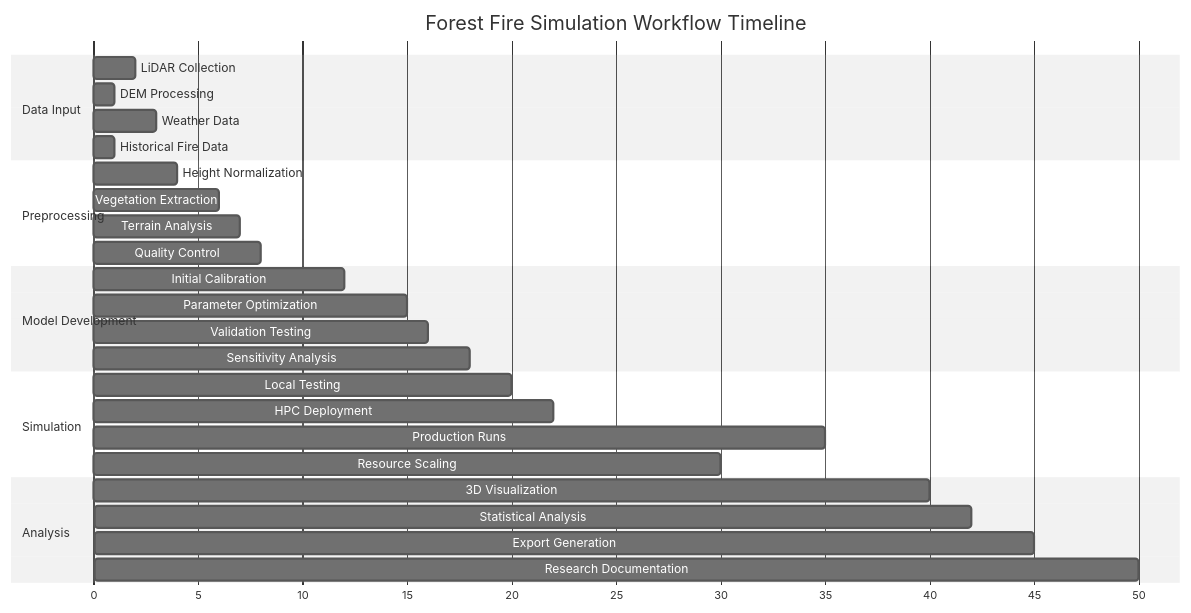
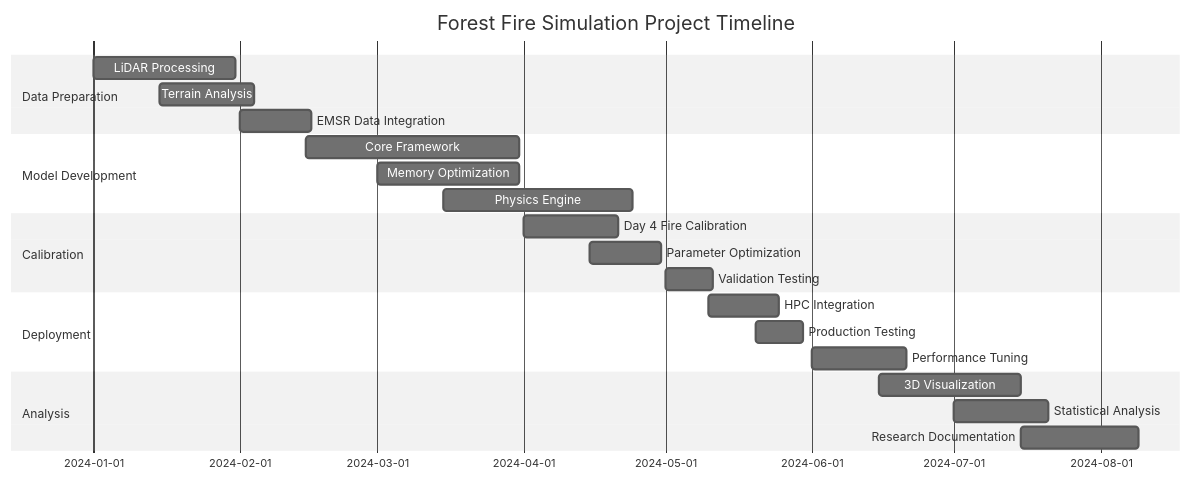
Before and after one commit to AndreasPaphitis/Forest-Fire-Simulation: the third of 19 diagrams in docs/COMPREHENSIVE_FOREST_FIRE_SIMULATION_WORKFLOW.md, drawn with Mermaid (neutral theme). The commit also changed other lines of this file and 13 other files, not shown here.

Commit message:
Fix verbose output and update documentation for Day 4 fire area calibration

````diff
--- a/docs/COMPREHENSIVE_FOREST_FIRE_SIMULATION_WORKFLOW.md
+++ b/docs/COMPREHENSIVE_FOREST_FIRE_SIMULATION_WORKFLOW.md
@@ -176,36 +141,29 @@
 ```mermaid
 gantt
-    title Forest Fire Simulation Workflow Timeline
-    dateFormat X
-    axisFormat %s
-    
-    section Data Input
-    LiDAR Collection        :0, 2
-    DEM Processing          :0, 1
-    Weather Data            :1, 3
-    Historical Fire Data    :0, 1
-    
-    section Preprocessing
-    Height Normalization    :2, 4
-    Vegetation Extraction   :3, 6
-    Terrain Analysis        :4, 7
-    Quality Control         :6, 8
+    title Forest Fire Simulation Project Timeline
+    dateFormat  YYYY-MM-DD
+    section Data Preparation
+    LiDAR Processing        :2024-01-01, 30d
+    Terrain Analysis        :2024-01-15, 20d
+    EMSR Data Integration   :2024-02-01, 15d
     
     section Model Development
-    Initial Calibration     :8, 12
-    Parameter Optimization  :10, 15
-    Validation Testing      :12, 16
-    Sensitivity Analysis    :14, 18
+    Core Framework          :2024-02-15, 45d
+    Memory Optimization     :2024-03-01, 30d
+    Physics Engine          :2024-03-15, 40d
     
-    section Simulation
-    Local Testing          :16, 20
-    HPC Deployment         :18, 22
-    Production Runs        :20, 35
-    Resource Scaling       :22, 30
+    section Calibration
+    Day 4 Fire Calibration  :2024-04-01, 20d
+    Parameter Optimization  :2024-04-15, 15d
+    Validation Testing      :2024-05-01, 10d
+    
+    section Deployment
+    HPC Integration         :2024-05-10, 15d
+    Production Testing      :2024-05-20, 10d
+    Performance Tuning      :2024-06-01, 20d
     
     section Analysis
-    3D Visualization       :25, 40
-    Statistical Analysis   :30, 42
-    Export Generation      :35, 45
-    Research Documentation :40, 50
+    3D Visualization        :2024-06-15, 30d
+    Statistical Analysis    :2024-07-01, 20d
+    Research Documentation  :2024-07-15, 25d
 ```
````
